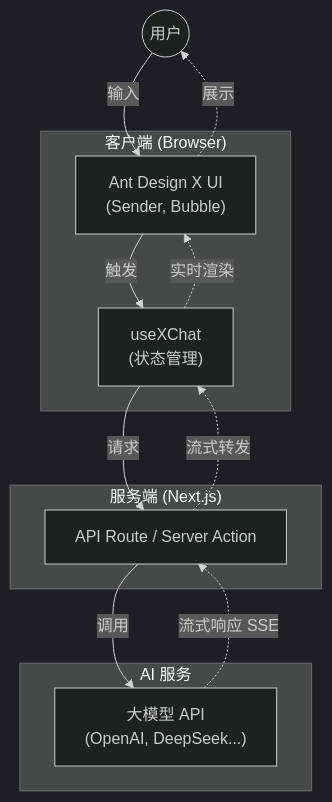
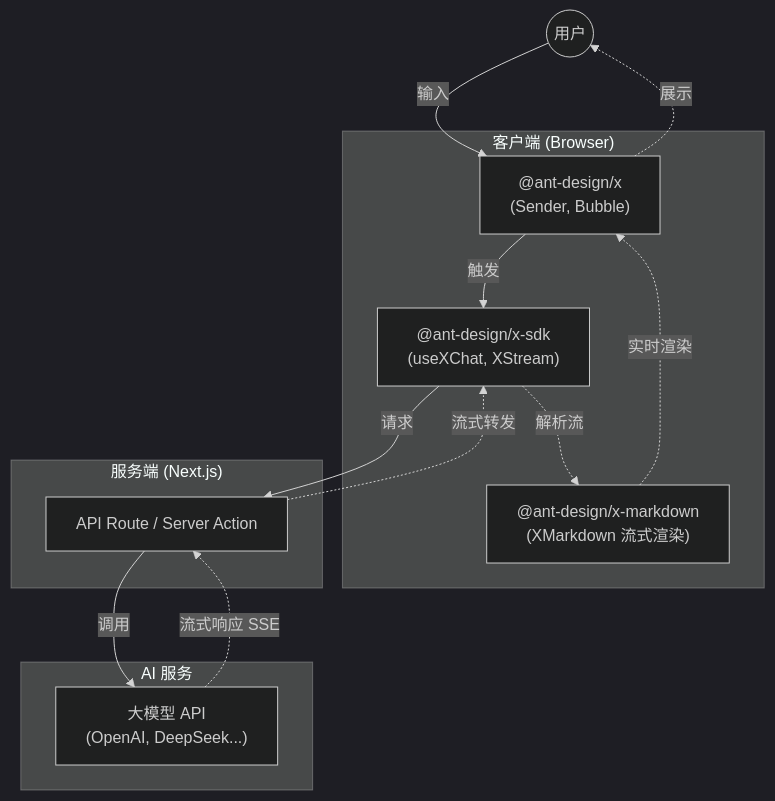
One commit to hanwei808/ai-product-production-guide changed the diagram in nextjs-ant-design-x-guide.md. Above: the diagram before and after it, drawn with Mermaid (dark theme). The commit also changed other lines of this file and 7 other files, not shown here.

````diff
--- a/nextjs-ant-design-x-guide.md
+++ b/nextjs-ant-design-x-guide.md
@@ -5,26 +8,28 @@
 ```mermaid
 graph TD
     User((用户))
 
     subgraph Client ["客户端 (Browser)"]
-        UI["Ant Design X UI<br/>(Sender, Bubble)"]
-        Logic["useXChat<br/>(状态管理)"]
+        UI["@ant-design/x<br/>(Sender, Bubble)"]
+        SDK["@ant-design/x-sdk<br/>(useXChat, XStream)"]
+        MD["@ant-design/x-markdown<br/>(XMarkdown 流式渲染)"]
     end
 
     subgraph Server ["服务端 (Next.js)"]
         API["API Route / Server Action"]
     end
 
     subgraph AI ["AI 服务"]
         LLM["大模型 API<br/>(OpenAI, DeepSeek...)"]
     end
 
     User -->|输入| UI
-    UI -->|触发| Logic
-    Logic -->|请求| API
+    UI -->|触发| SDK
+    SDK -->|请求| API
     API -->|调用| LLM
     LLM -.->|流式响应 SSE| API
-    API -.->|流式转发| Logic
-    Logic -.->|实时渲染| UI
+    API -.->|流式转发| SDK
+    SDK -.->|解析流| MD
+    MD -.->|实时渲染| UI
     UI -.->|展示| User
 ```
````
